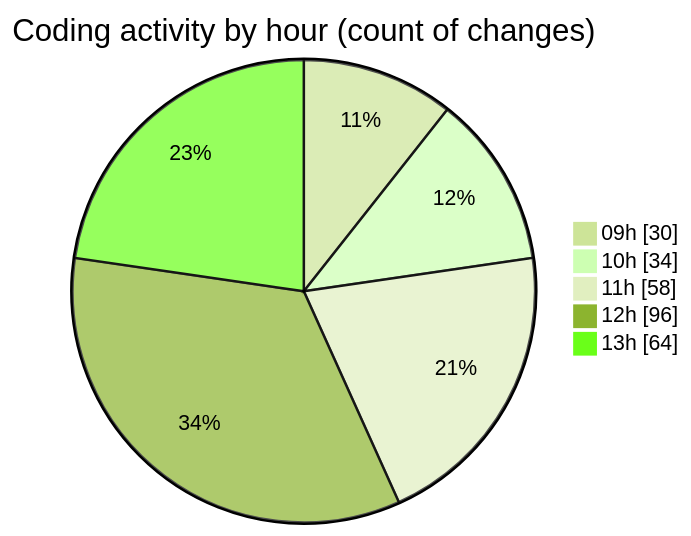
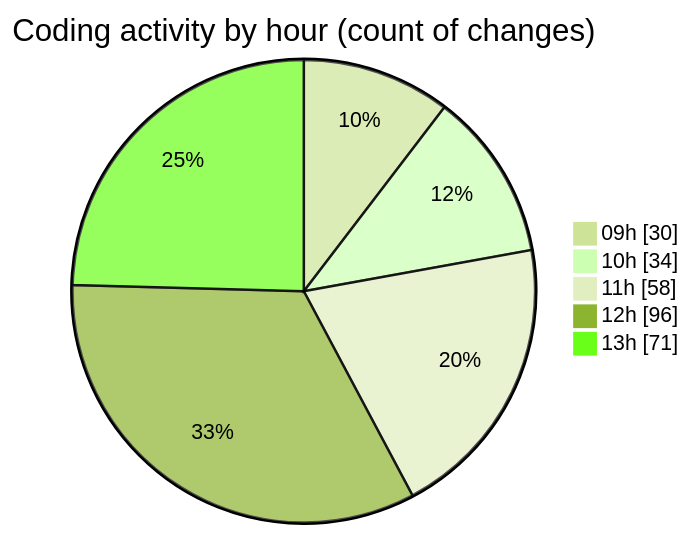
One commit to momahboobian/code-tracking changed the second of 2 diagrams in 2025-04-02/cda/README.md. Above: the diagram before and after it, drawn with Mermaid (forest theme). The commit also changed other lines of this file and 1 other file, not shown here.

````diff
--- a/2025-04-02/cda/README.md
+++ b/2025-04-02/cda/README.md
@@ -36,9 +36,9 @@
 ```mermaid
 pie showData
 title Coding activity by hour (count of changes)
 "09h" : 30
 "10h" : 34
 "11h" : 58
 "12h" : 96
-"13h" : 64
+"13h" : 71
 ```
````
